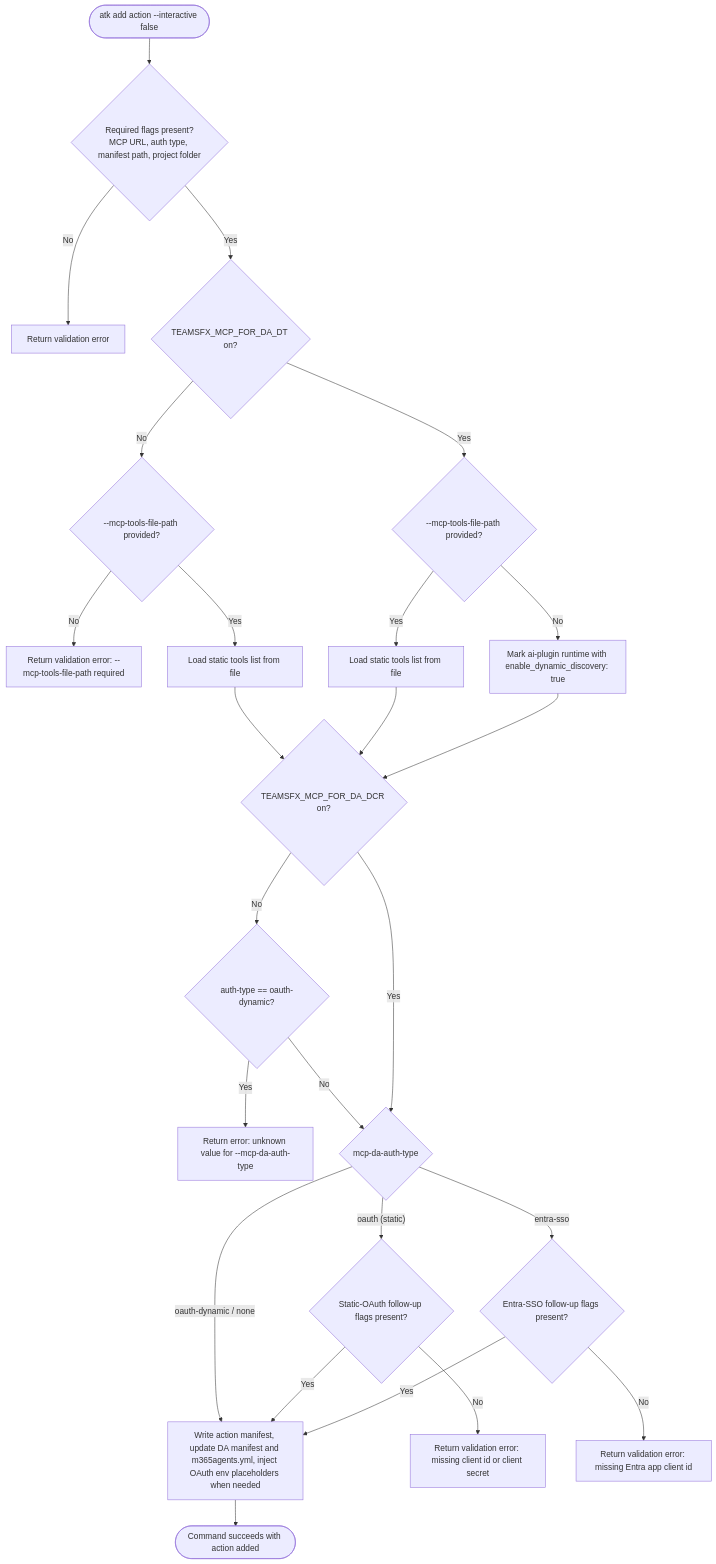
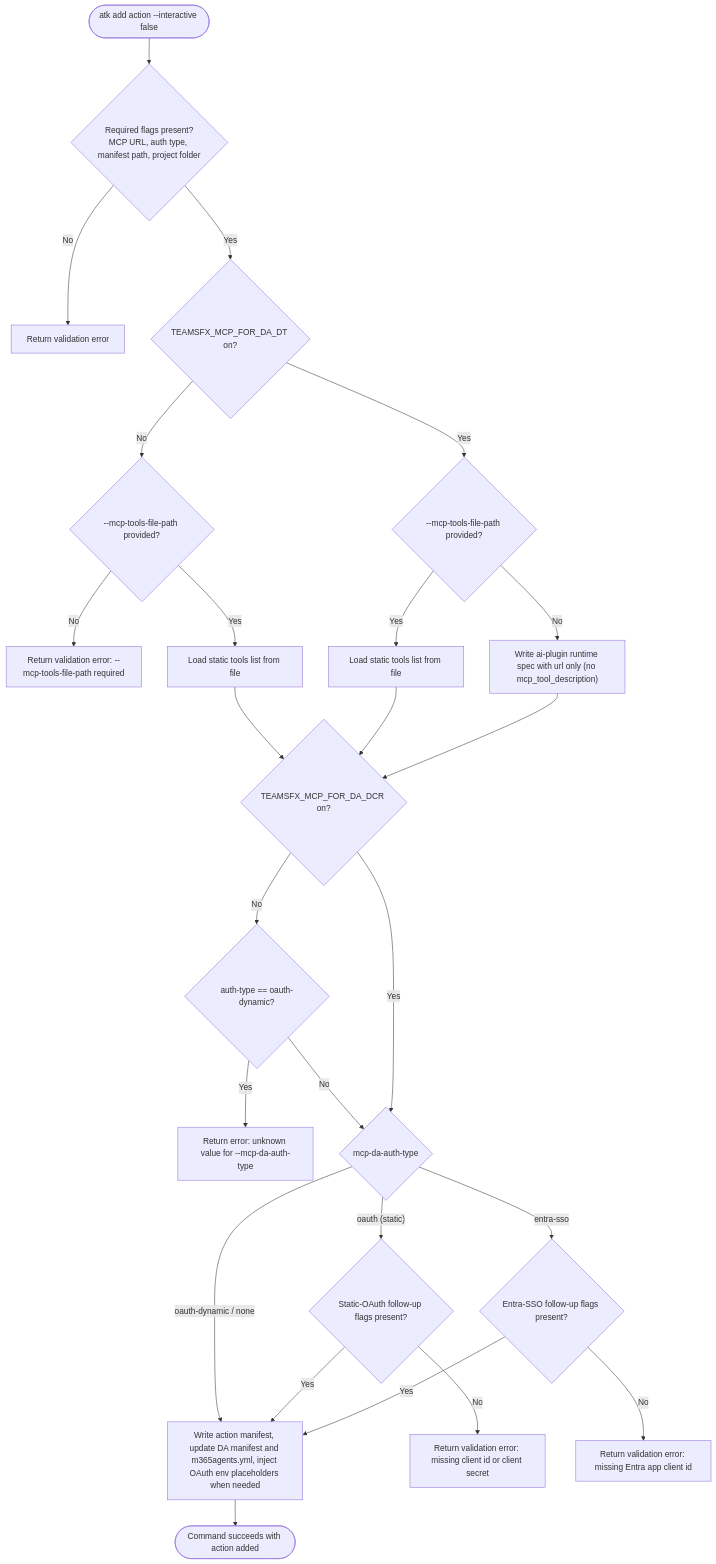
The third of 3 diagrams in docs/01-product/scenarios/da/draft/add-mcp-action-to-da.md (OfficeDev/microsoft-365-agents-toolkit), drawn with Mermaid before and after one commit. The commit also changed other lines of this file and 6 other files, not shown here.

First line of the commit message:
fix(fx-core): drop invalid enable_dynamic_discovery from DT runtime spec

````diff
--- a/docs/01-product/scenarios/da/draft/add-mcp-action-to-da.md
+++ b/docs/01-product/scenarios/da/draft/add-mcp-action-to-da.md
@@ -135,25 +135,25 @@
 ```mermaid
 flowchart TD
   Start([atk add action --interactive false]) --> ValidateFlags{Required flags present?<br/>MCP URL, auth type, manifest path, project folder}
   ValidateFlags -- No --> MissingOption[Return validation error]
   ValidateFlags -- Yes --> DtGate{TEAMSFX_MCP_FOR_DA_DT on?}
   DtGate -- No --> RequireTools{--mcp-tools-file-path provided?}
   RequireTools -- No --> MissingTools["Return validation error: --mcp-tools-file-path required"]
   RequireTools -- Yes --> LoadStaticOff[Load static tools list from file] --> DcrGate
   DtGate -- Yes --> OptionalTools{--mcp-tools-file-path provided?}
   OptionalTools -- Yes --> LoadStaticOn[Load static tools list from file] --> DcrGate
-  OptionalTools -- No --> DtPath["Mark ai-plugin runtime with enable_dynamic_discovery: true"] --> DcrGate
+  OptionalTools -- No --> DtPath["Write ai-plugin runtime spec with url only (no mcp_tool_description)"] --> DcrGate
   DcrGate{TEAMSFX_MCP_FOR_DA_DCR on?}
   DcrGate -- No --> RejectDynamic{auth-type == oauth-dynamic?}
   RejectDynamic -- Yes --> UnknownValue["Return error: unknown value for --mcp-da-auth-type"]
   RejectDynamic -- No --> AuthSwitch
   DcrGate -- Yes --> AuthSwitch{mcp-da-auth-type}
   AuthSwitch -- "oauth-dynamic / none" --> WriteFiles
   AuthSwitch -- "oauth (static)" --> StaticFlags{Static-OAuth follow-up flags present?}
   AuthSwitch -- entra-sso --> SsoFlags{Entra-SSO follow-up flags present?}
   StaticFlags -- No --> MissingStatic[Return validation error: missing client id or client secret]
   StaticFlags -- Yes --> WriteFiles
   SsoFlags -- No --> MissingSso[Return validation error: missing Entra app client id]
   SsoFlags -- Yes --> WriteFiles[Write action manifest, update DA manifest and m365agents.yml, inject OAuth env placeholders when needed]
   WriteFiles --> Complete([Command succeeds with action added])
 ```
````
